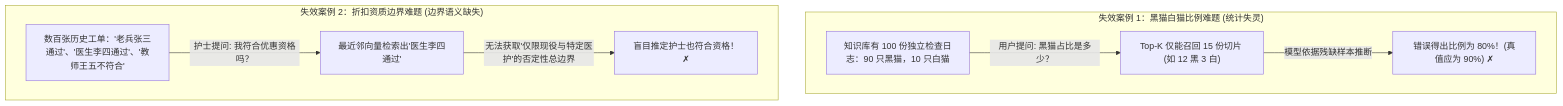
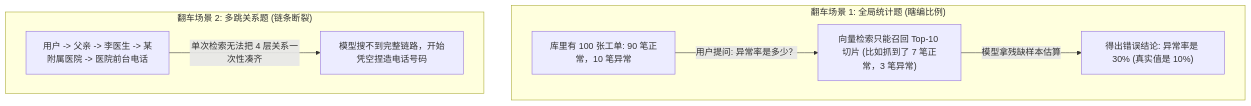
One commit to ljh12138164/ai-agent-study changed the first of 3 diagrams in app/ch03-memory-rag/03-structured-indexing/page.mdx. Above: the diagram before and after it, drawn with Mermaid. The commit also changed other lines of this file and 43 other files, not shown here.

````diff
--- a/app/ch03-memory-rag/03-structured-indexing/page.mdx
+++ b/app/ch03-memory-rag/03-structured-indexing/page.mdx
@@ -13,14 +13,13 @@
 ```mermaid
-graph TD
-    subgraph Case1["失效案例 1：黑猫白猫比例难题 (统计失灵)"]
-        C1["知识库有 100 份独立检查日志：90 只黑猫，10 只白猫"]
-        C1 -->|用户提问: 黑猫占比是多少？| C2["Top-K 仅能召回 15 份切片 (如 12 黑 3 白)"]
-        C2 -->|模型依据残缺样本推断| C3["错误得出比例为 80%！(真值应为 90%) ✗"]
+flowchart TD
+    subgraph Problem1["翻车场景 1: 全局统计题 (瞎编比例)"]
+        A1["库里有 100 张工单: 90 笔正常，10 笔异常"]
+        A1 -->|用户提问: 异常率是多少？| A2["向量检索只能召回 Top-10 切片 (比如抓到了 7 笔正常，3 笔异常)"]
+        A2 -->|模型拿残缺样本估算| A3["得出错误结论: 异常率是 30% (真实值是 10%)"]
     end
 
-    subgraph Case2["失效案例 2：折扣资质边界难题 (边界语义缺失)"]
-        D1["数百张历史工单：'老兵张三通过'、'医生李四通过'、'教师王五不符合'"]
-        D1 -->|护士提问: 我符合优惠资格吗？| D2["最近邻向量检索出'医生李四通过'"]
-        D2 -->|无法获取'仅限现役与特定医护'的否定性总边界| D3["盲目推定护士也符合资格！✗"]
+    subgraph Problem2["翻车场景 2: 多跳关系题 (链条断裂)"]
+        B1["用户 -> 父亲 -> 李医生 -> 某附属医院 -> 医院前台电话"]
+        B1 -->|单次检索无法把 4 层关系一次性凑齐| B2["模型搜不到完整链路，开始凭空捏造电话号码"]
     end
 ```
````
